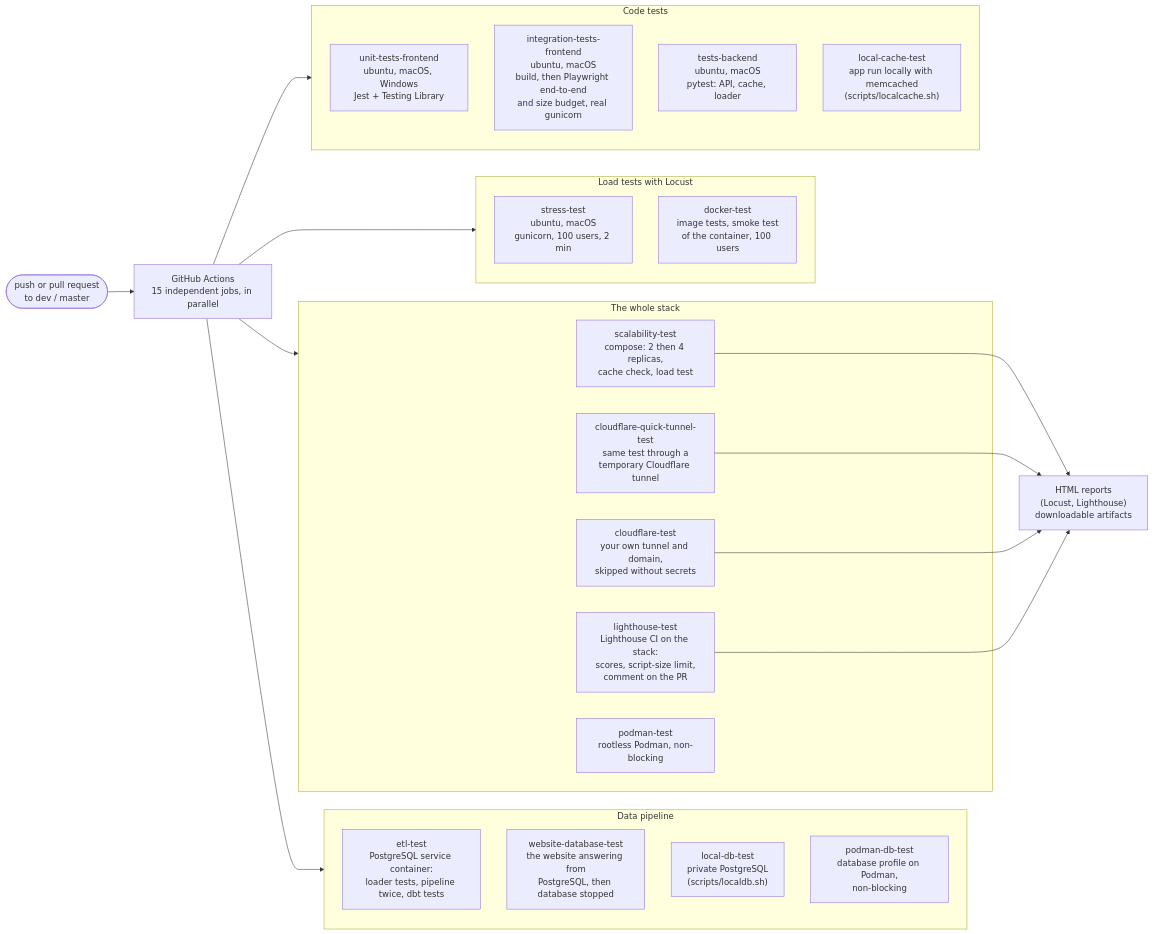
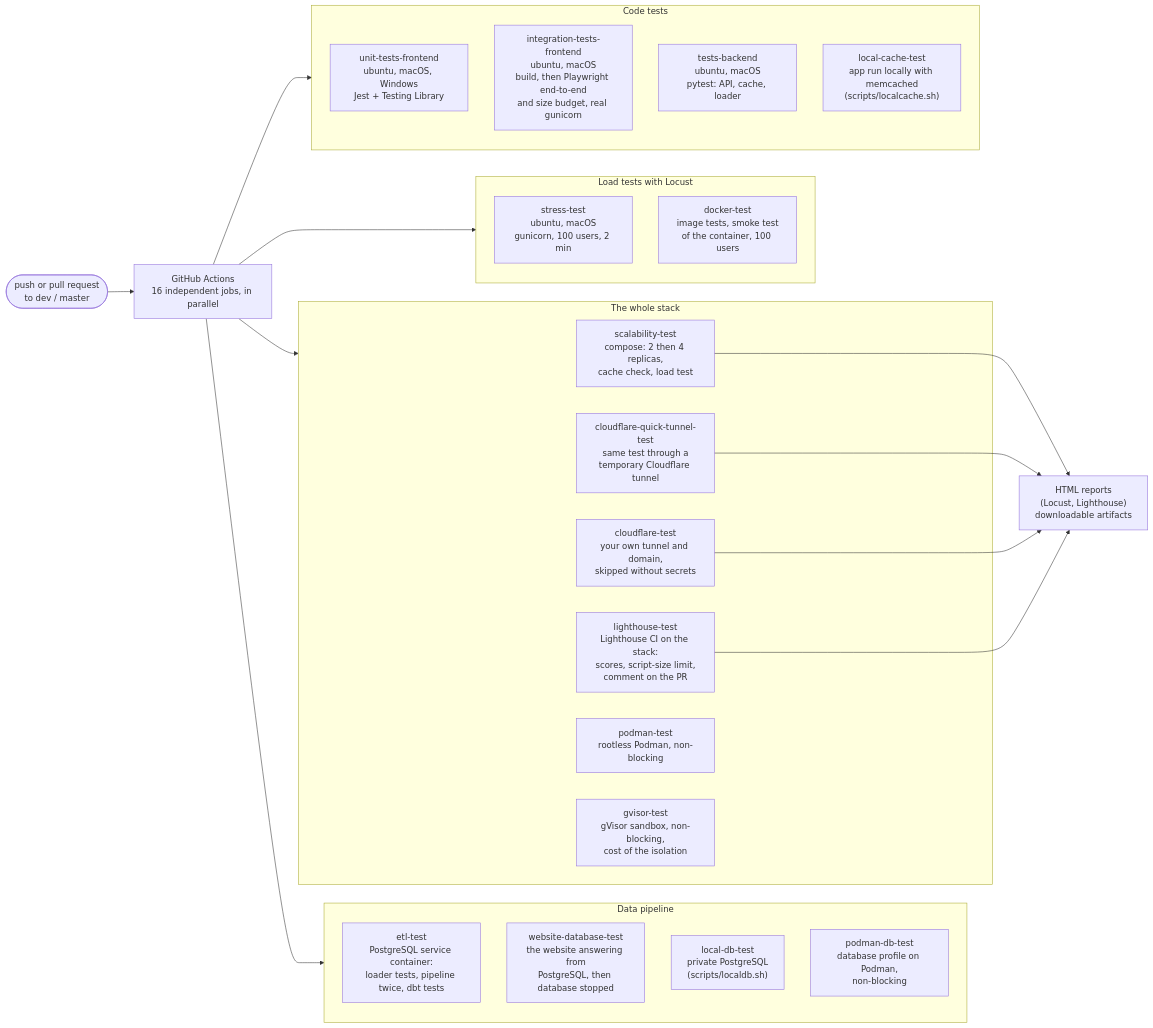
One commit to ybouilla/hiparis_project changed the first of 2 diagrams in CI_CD.md. Above: the diagram before and after it, drawn with Mermaid. The commit also changed other lines of this file and 3 other files, not shown here.

````diff
--- a/CI_CD.md
+++ b/CI_CD.md
@@ -7,40 +7,41 @@
 ```mermaid
 flowchart LR
-    trigger(["push or pull request<br/>to dev / master"]) --> gha["GitHub Actions<br/>15 independent jobs, in parallel"]
+    trigger(["push or pull request<br/>to dev / master"]) --> gha["GitHub Actions<br/>16 independent jobs, in parallel"]
 
     subgraph data["Data pipeline"]
         et["etl-test<br/>PostgreSQL service container:<br/>loader tests, pipeline twice, dbt tests"]
         wd["website-database-test<br/>the website answering from<br/>PostgreSQL, then database stopped"]
         lt["local-db-test<br/>private PostgreSQL<br/>(scripts/localdb.sh)"]
         pdt["podman-db-test<br/>database profile on Podman,<br/>non-blocking"]
     end
 
     subgraph deploy["The whole stack"]
         sc["scalability-test<br/>compose: 2 then 4 replicas,<br/>cache check, load test"]
         qt["cloudflare-quick-tunnel-test<br/>same test through a<br/>temporary Cloudflare tunnel"]
         lh["lighthouse-test<br/>Lighthouse CI on the stack:<br/>scores, script-size limit,<br/>comment on the PR"]
         ct["cloudflare-test<br/>your own tunnel and domain,<br/>skipped without secrets"]
         pt["podman-test<br/>rootless Podman, non-blocking"]
+        gv["gvisor-test<br/>gVisor sandbox, non-blocking,<br/>cost of the isolation"]
     end
 
     subgraph perf["Load tests with Locust"]
         st["stress-test<br/>ubuntu, macOS<br/>gunicorn, 100 users, 2 min"]
         dt["docker-test<br/>image tests, smoke test<br/>of the container, 100 users"]
     end
 
     subgraph code["Code tests"]
         ut["unit-tests-frontend<br/>ubuntu, macOS, Windows<br/>Jest + Testing Library"]
         it["integration-tests-frontend<br/>ubuntu, macOS<br/>build, then Playwright end-to-end<br/>and size budget, real gunicorn"]
         bt["tests-backend<br/>ubuntu, macOS<br/>pytest: API, cache, loader"]
         lc["local-cache-test<br/>app run locally with memcached<br/>(scripts/localcache.sh)"]
     end
 
     gha --> data
     gha --> deploy
     gha --> perf
     gha --> code
     sc --> reports["HTML reports<br/>(Locust, Lighthouse)<br/>downloadable artifacts"]
     qt --> reports
     ct --> reports
     lh --> reports
 ```
````
